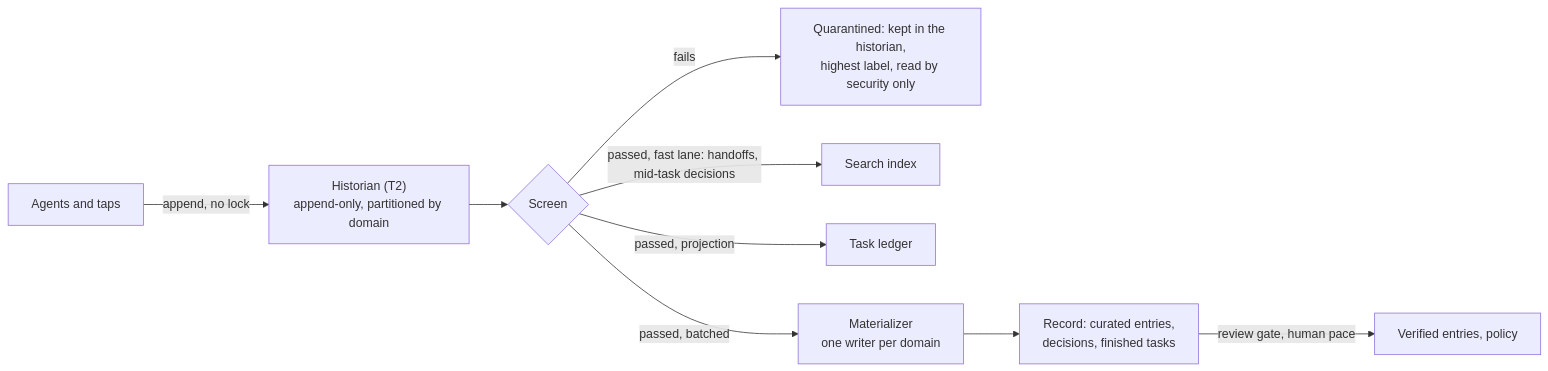
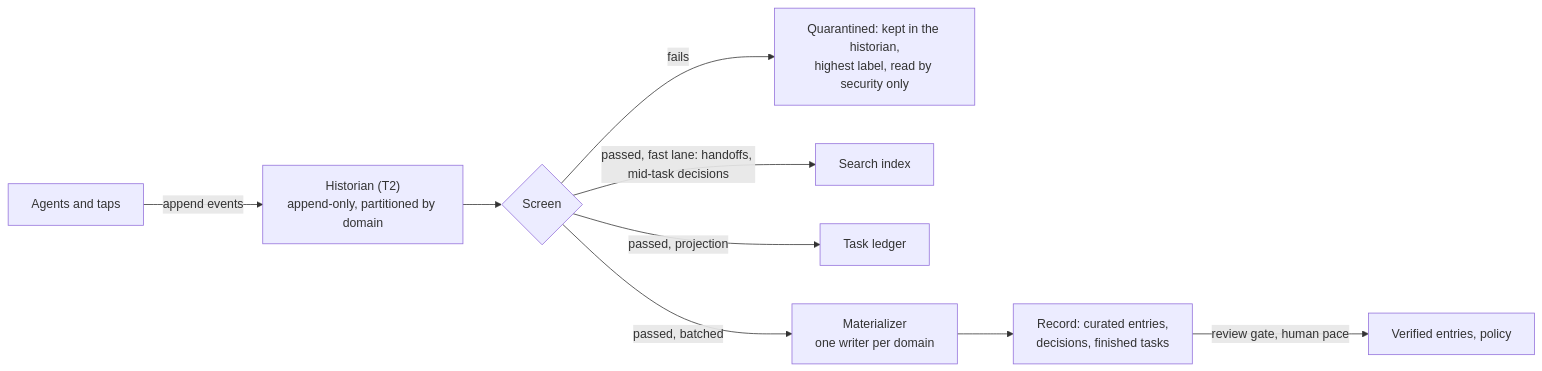
Before and after one commit to apache/tooling-memory: the second of 7 diagrams in docs/durable-memory-for-disposable-agents.md, drawn with Mermaid. The commit also changed other lines of this file, not shown here.

````diff
--- a/docs/durable-memory-for-disposable-agents.md
+++ b/docs/durable-memory-for-disposable-agents.md
@@ -188,11 +188,11 @@
 ```mermaid
 flowchart LR
-    A1["Agents and taps"] -->|append, no lock| LOG["Historian (T2)<br/>append-only, partitioned by domain"]
+    A1["Agents and taps"] -->|append events| LOG["Historian (T2)<br/>append-only, partitioned by domain"]
     LOG --> SCR{"Screen"}
     SCR -->|fails| QUA["Quarantined: kept in the historian,<br/>highest label, read by security only"]
     SCR -->|"passed, fast lane: handoffs, mid-task decisions"| IX["Search index"]
     SCR -->|passed, projection| BRD["Task ledger"]
     SCR -->|passed, batched| MAT["Materializer<br/>one writer per domain"]
     MAT --> REC["Record: curated entries,<br/>decisions, finished tasks"]
     REC -->|review gate, human pace| VER["Verified entries, policy"]
 ```
````
